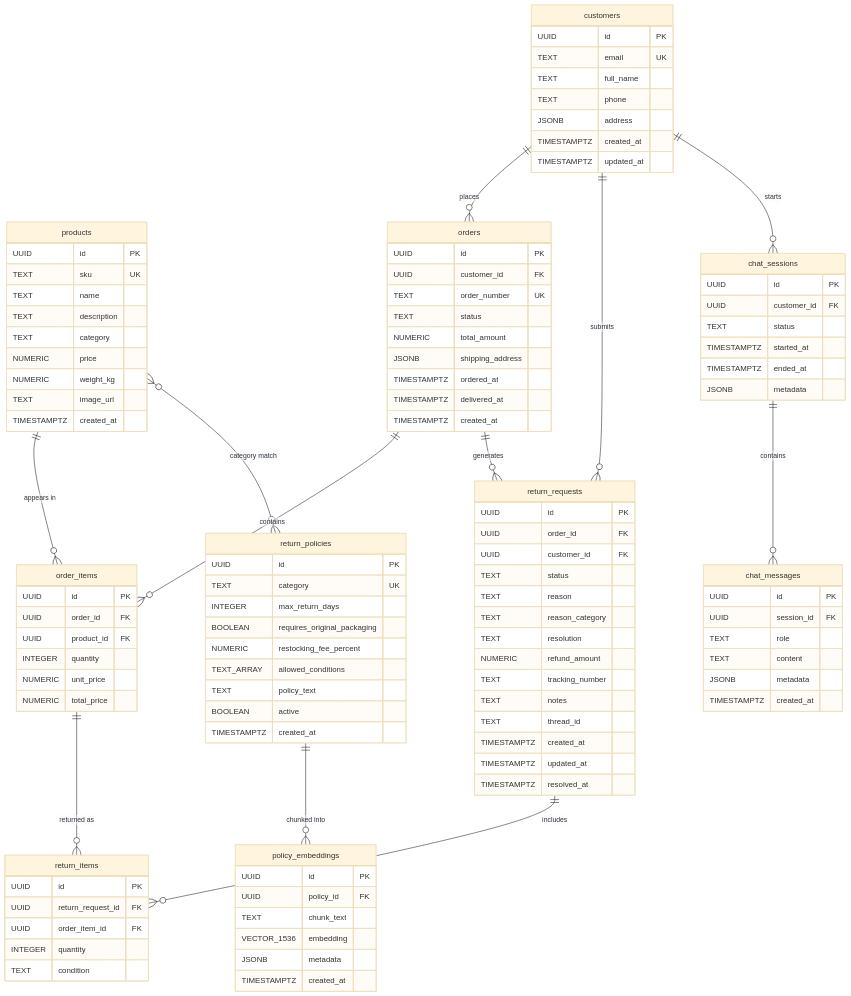
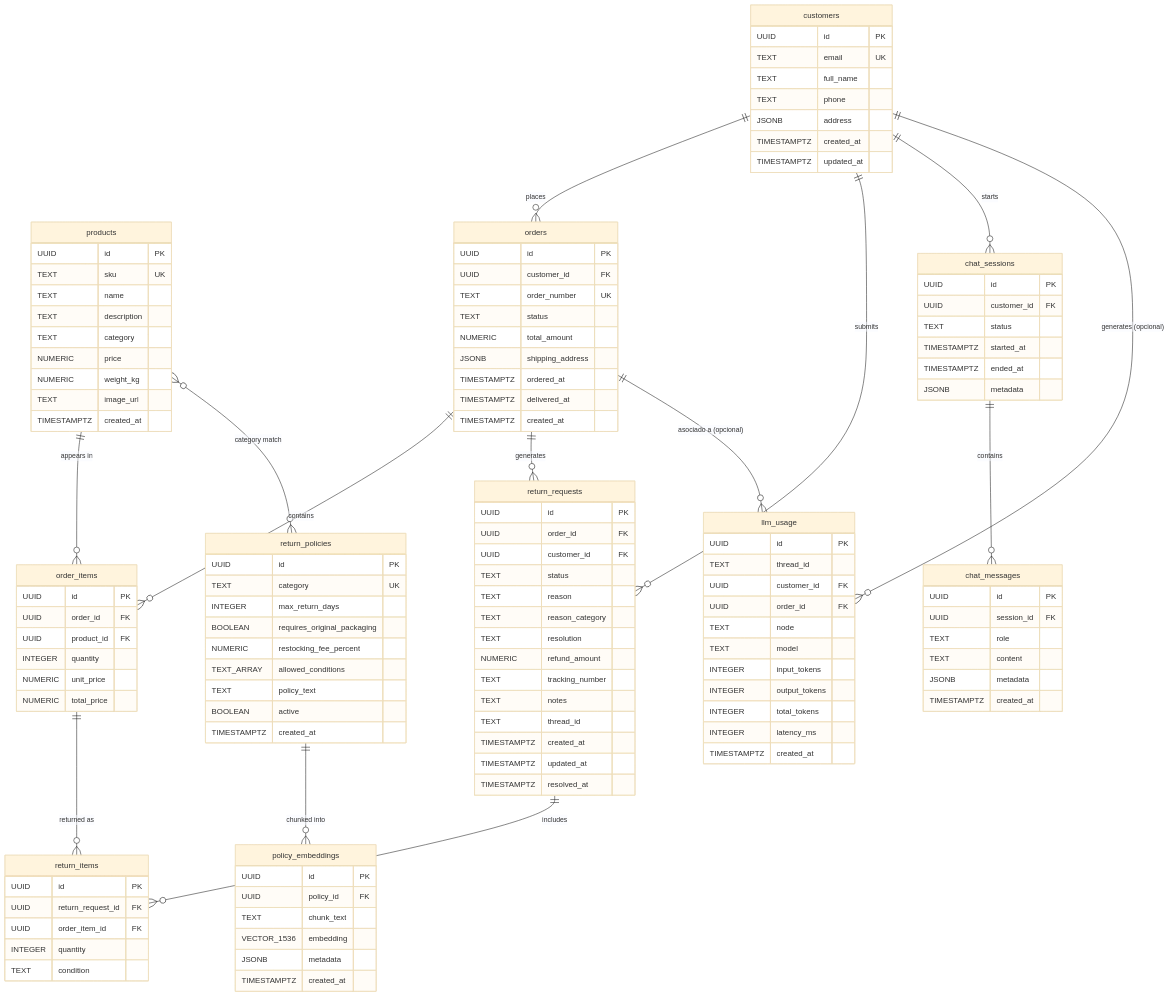
The diagram in docs/ER_diagram.md (ReFlowTFMGrupo11/CopilotPosventaAutonoGestInteligenteDevolucion), drawn with Mermaid (base theme) before and after one commit. The commit also changed other lines of this file and 1 other file, not shown here.

First line of the commit message:
docs: documentar llm_usage en ER_diagram + evaluator en dos fases en graph_diagram

```diff
--- a/docs/ER_diagram.md
+++ b/docs/ER_diagram.md
@@ -107,12 +107,28 @@
         TIMESTAMPTZ created_at
     }
 
+    llm_usage {
+        UUID id PK
+        TEXT thread_id
+        UUID customer_id FK
+        UUID order_id FK
+        TEXT node
+        TEXT model
+        INTEGER input_tokens
+        INTEGER output_tokens
+        INTEGER total_tokens
+        INTEGER latency_ms
+        TIMESTAMPTZ created_at
+    }
+
     customers ||--o{ orders : "places"
     customers ||--o{ return_requests : "submits"
     customers ||--o{ chat_sessions : "starts"
+    customers ||--o{ llm_usage : "generates (opcional)"
 
     orders ||--o{ order_items : "contains"
     orders ||--o{ return_requests : "generates"
+    orders ||--o{ llm_usage : "asociado a (opcional)"
 
     products ||--o{ order_items : "appears in"
     products }o--o{ return_policies : "category match"
```
